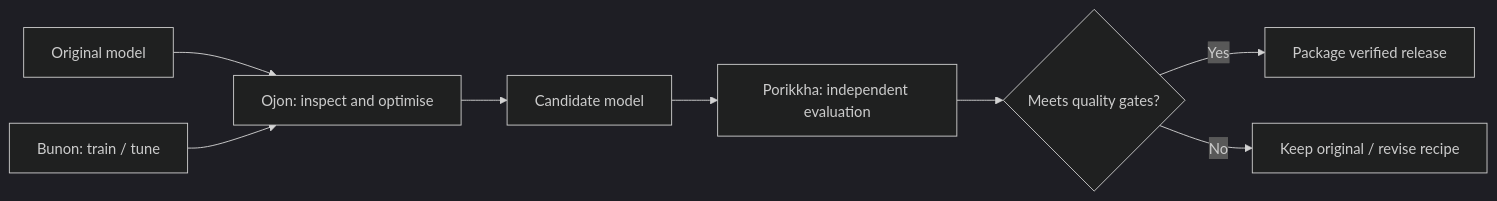
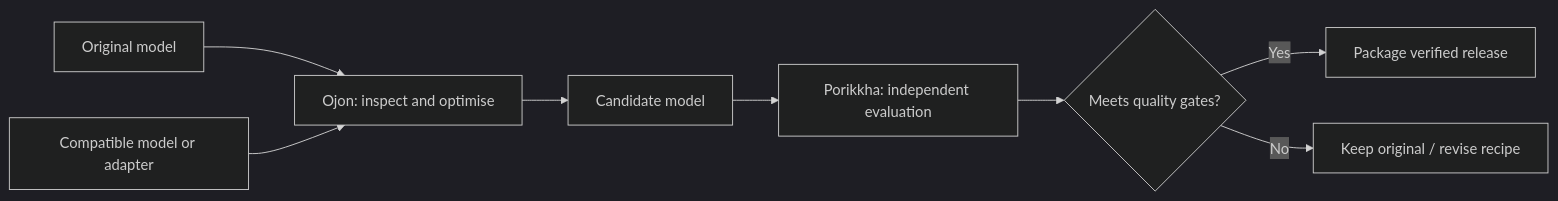
Before and after one commit to jony100200/Ojon: the diagram in README.md, drawn with Mermaid (dark theme). The commit also changed other lines of this file and 13 other files, not shown here.

````diff
--- a/README.md
+++ b/README.md
@@ -85,10 +84,10 @@
 ```mermaid
 flowchart LR
     A["Original model"] --> B["Ojon: inspect and optimise"]
-    C["Bunon: train / tune"] --> B
+    C["Compatible model or adapter"] --> B
     B --> D["Candidate model"]
     D --> E["Porikkha: independent evaluation"]
     E --> F{"Meets quality gates?"}
     F -->|Yes| G["Package verified release"]
     F -->|No| H["Keep original / revise recipe"]
 ```
````
